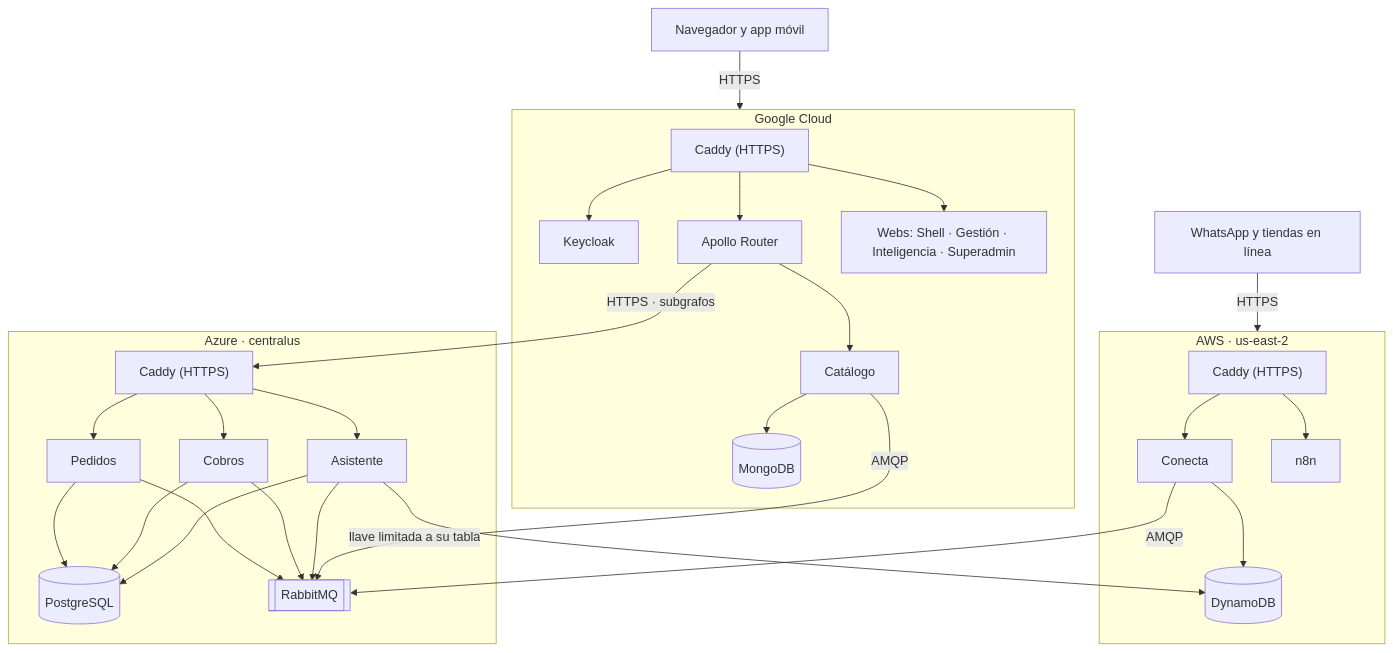
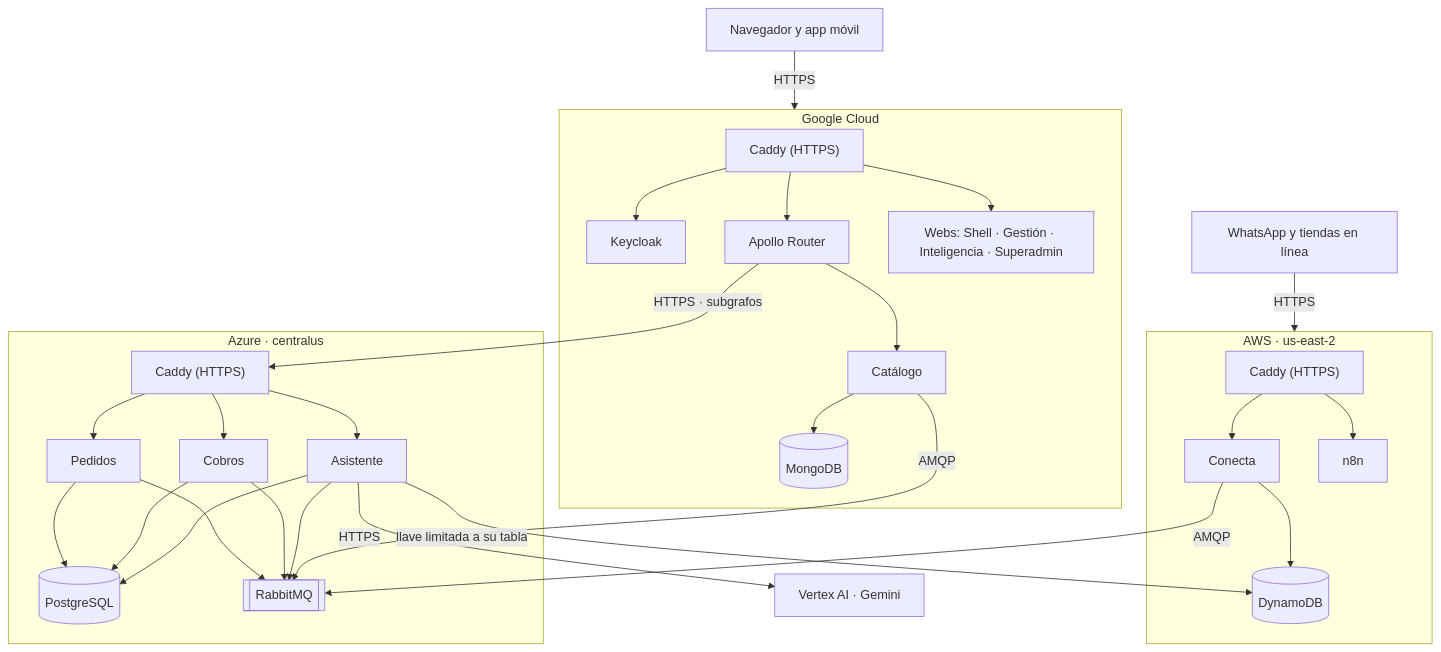
Before and after one commit to AndyQdev/abasto: the second of 2 diagrams in docs/documento-del-proyecto.md, drawn with Mermaid. The commit also changed other lines of this file and 20 other files, not shown here.

First line of the commit message:
feat(asistente): Gemini en Vertex AI como modelo de lenguaje, sin Anthropic

````diff
--- a/docs/documento-del-proyecto.md
+++ b/docs/documento-del-proyecto.md
@@ -855,28 +856,29 @@
 ```mermaid
 flowchart TB
   U["Navegador y app móvil"] -->|HTTPS| GC
   EX["WhatsApp y tiendas en línea"] -->|HTTPS| AWS
   subgraph GC["Google Cloud"]
     CG["Caddy (HTTPS)"] --> KC["Keycloak"]
     CG --> RT["Apollo Router"]
     CG --> WB["Webs: Shell · Gestión · Inteligencia · Superadmin"]
     CT["Catálogo"] --> MG[("MongoDB")]
     RT --> CT
   end
   subgraph AWS["AWS · us-east-2"]
     CA["Caddy (HTTPS)"] --> CO["Conecta"]
     CA --> N8["n8n"]
     CO --> DY[("DynamoDB")]
   end
   subgraph AZ["Azure · centralus"]
     CZ["Caddy (HTTPS)"] --> PE["Pedidos"]
     CZ --> CB["Cobros"]
     CZ --> AS["Asistente"]
     PE & CB & AS --> PG[("PostgreSQL")]
     PE & CB & AS --> MQ[["RabbitMQ"]]
   end
   RT -->|"HTTPS · subgrafos"| CZ
+  AS -->|"HTTPS"| VX["Vertex AI · Gemini"]
   CO -->|"AMQP"| MQ
   CT -->|AMQP| MQ
   AS -->|"llave limitada a su tabla"| DY
 ```
````
